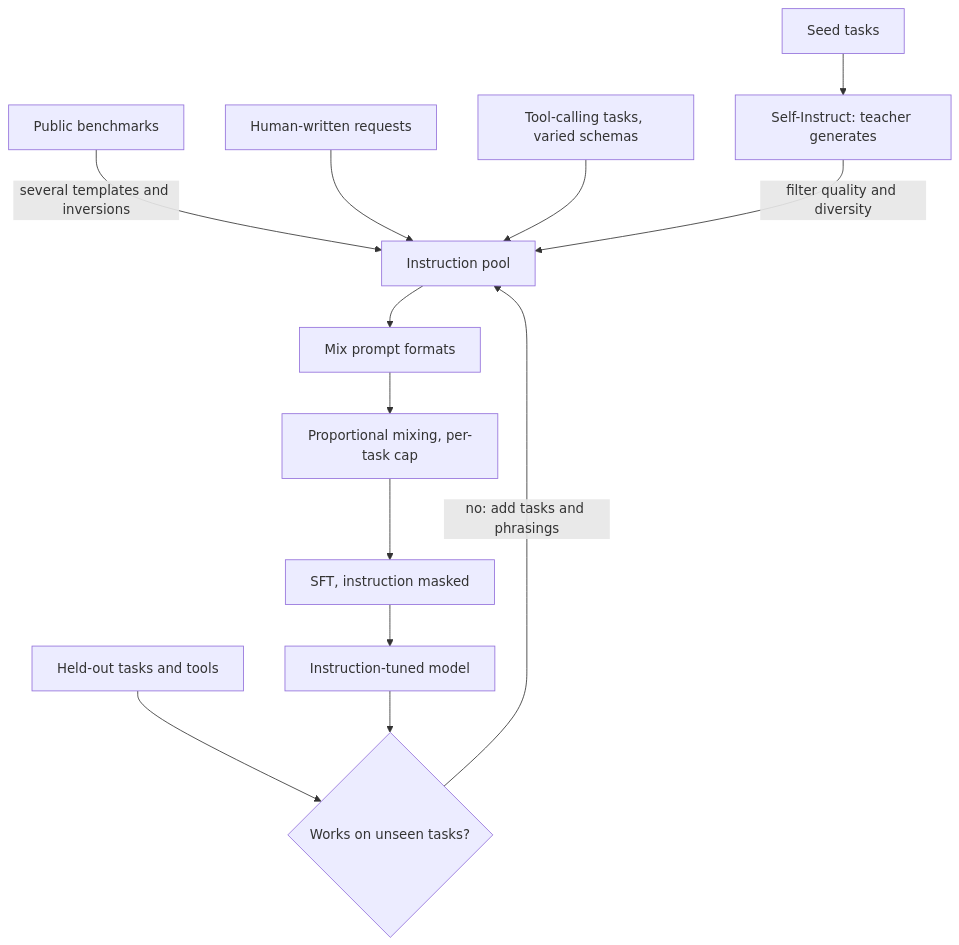
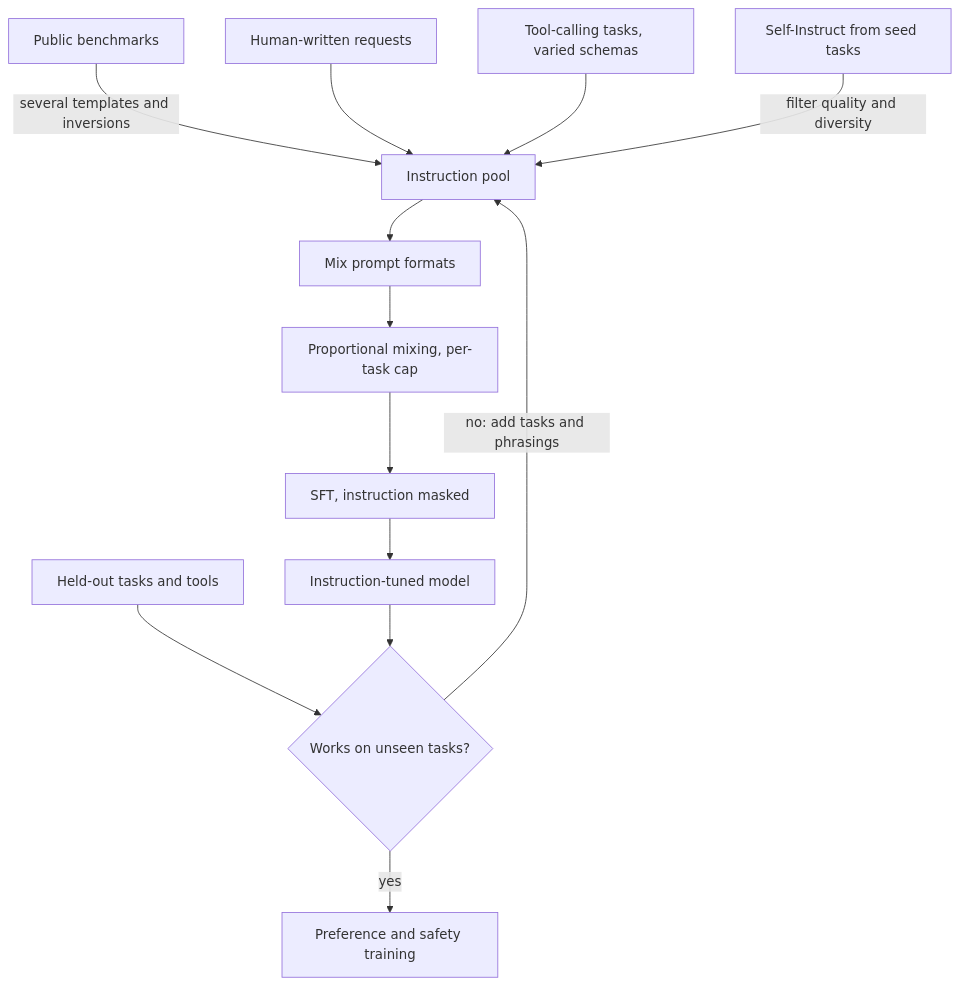
The diagram in content/training-adaptation/instruction-tuning.md (lovishmahajan97/agentic-learning), drawn with Mermaid before and after one commit. The commit also changed other lines of this file and 454 other files, not shown here.

````diff
--- a/content/training-adaptation/instruction-tuning.md
+++ b/content/training-adaptation/instruction-tuning.md
@@ -126,15 +127,15 @@
 ```mermaid
 flowchart TD
     BM["Public benchmarks"] -->|"several templates and inversions"| P["Instruction pool"]
     HW["Human-written requests"] --> P
     TC["Tool-calling tasks, varied schemas"] --> P
-    SD["Seed tasks"] --> SI["Self-Instruct: teacher generates"]
-    SI -->|"filter quality and diversity"| P
+    SI["Self-Instruct from seed tasks"] -->|"filter quality and diversity"| P
     P --> MX["Mix prompt formats"]
     MX --> CAP["Proportional mixing, per-task cap"]
     CAP --> SFT["SFT, instruction masked"]
     SFT --> IT["Instruction-tuned model"]
     HO["Held-out tasks and tools"] --> EV{"Works on unseen tasks?"}
     IT --> EV
     EV -->|"no: add tasks and phrasings"| P
+    EV -->|"yes"| NX["Preference and safety training"]
 ```
````
